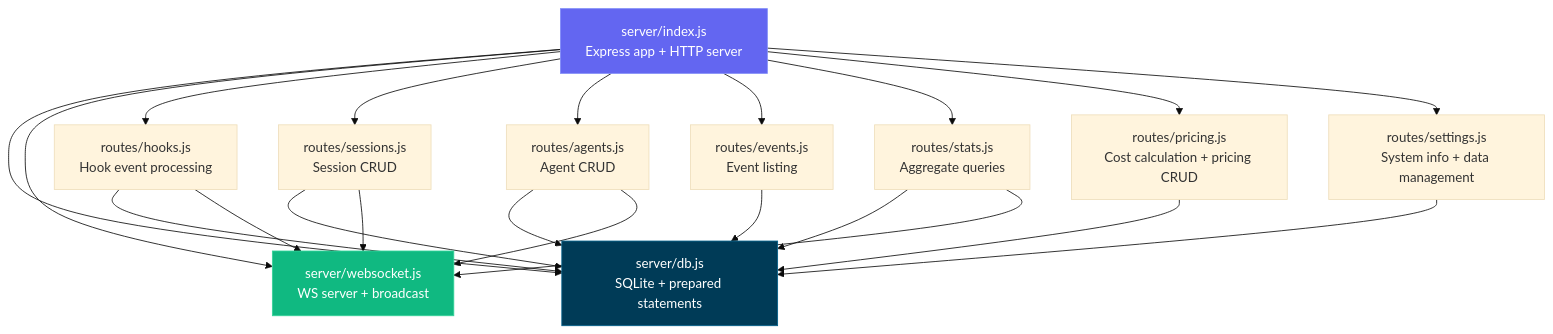
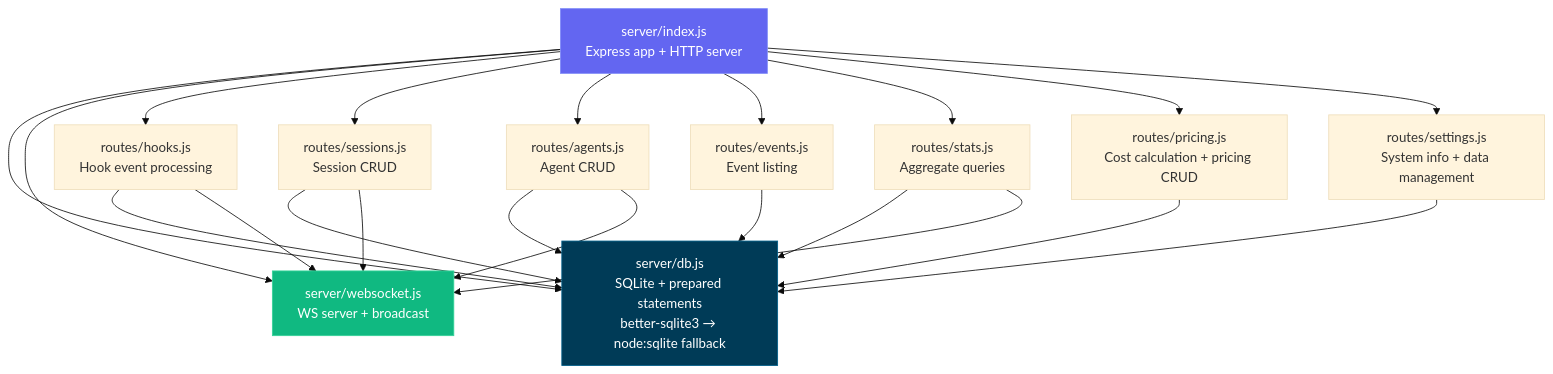
The fifth of 22 diagrams in ARCHITECTURE.md (mirkanu/gsd-dashboard), drawn with Mermaid (base theme) before and after one commit. The commit also changed other lines of this file and 16 other files, not shown here.

First line of the commit message:
fix: make better-sqlite3 optional with node:sqlite fallback

````diff
--- a/ARCHITECTURE.md
+++ b/ARCHITECTURE.md
@@ -210,29 +210,29 @@
 ```mermaid
 graph TD
     INDEX[server/index.js<br/>Express app + HTTP server]
-    DB[server/db.js<br/>SQLite + prepared statements]
+    DB[server/db.js<br/>SQLite + prepared statements<br/>better-sqlite3 → node:sqlite fallback]
     WS[server/websocket.js<br/>WS server + broadcast]
     HOOKS[routes/hooks.js<br/>Hook event processing]
     SESSIONS[routes/sessions.js<br/>Session CRUD]
     AGENTS[routes/agents.js<br/>Agent CRUD]
     EVENTS[routes/events.js<br/>Event listing]
     STATS[routes/stats.js<br/>Aggregate queries]
     PRICING[routes/pricing.js<br/>Cost calculation + pricing CRUD]
     SETTINGS[routes/settings.js<br/>System info + data management]
 
     INDEX --> DB
     INDEX --> WS
     INDEX --> HOOKS & SESSIONS & AGENTS & EVENTS & STATS & PRICING & SETTINGS
 
     HOOKS --> DB & WS
     SESSIONS --> DB & WS
     AGENTS --> DB & WS
     EVENTS --> DB
     STATS --> DB & WS
     PRICING --> DB
     SETTINGS --> DB
 
     style INDEX fill:#6366f1,stroke:#818cf8,color:#fff
     style DB fill:#003B57,stroke:#005f8a,color:#fff
     style WS fill:#10b981,stroke:#34d399,color:#fff
 ```
````
